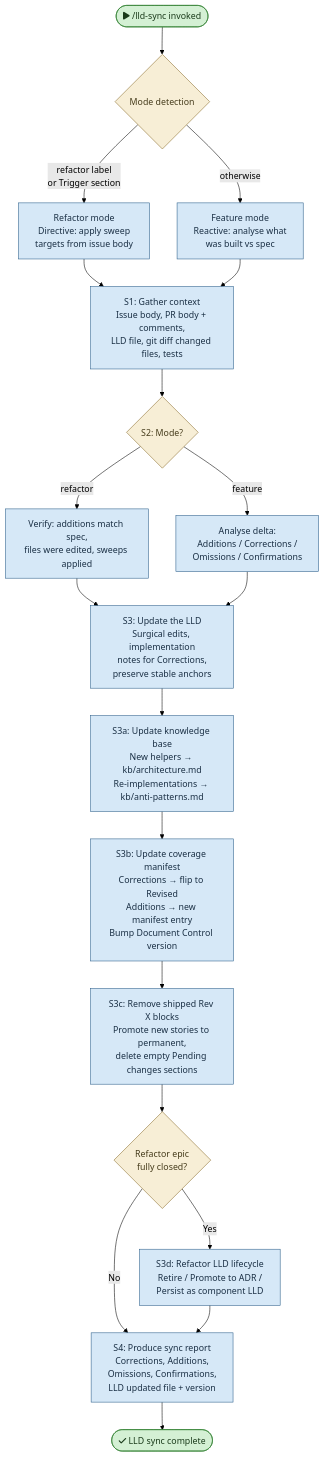
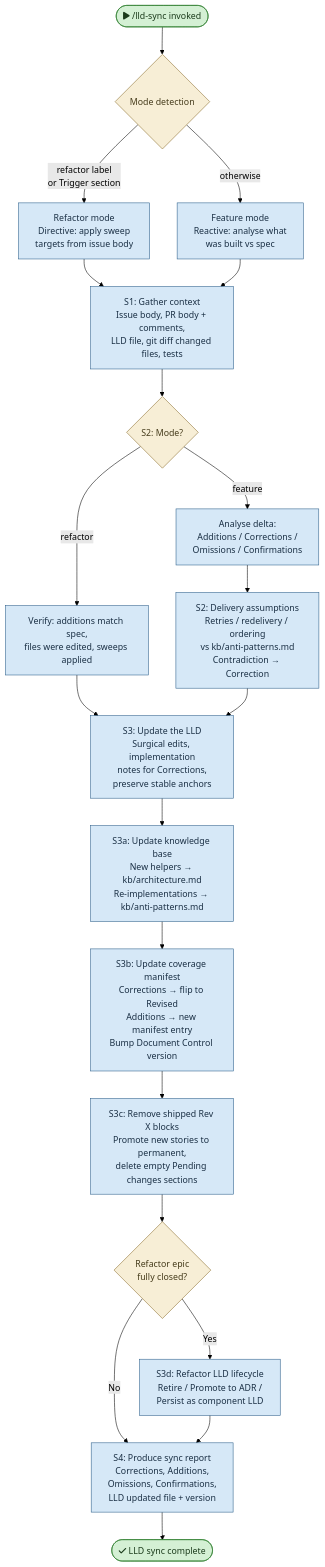
The diagram in plugins/edf/skills/lld-sync/flowchart.md (mironyx/engineering-delivery-framework), drawn with Mermaid (forest theme) before and after one commit. The commit also changed 20 other files, not shown here.

````diff
--- a/plugins/edf/skills/lld-sync/flowchart.md
+++ b/plugins/edf/skills/lld-sync/flowchart.md
@@ -5,46 +5,48 @@
 ```mermaid
 flowchart TD
     START(["fa:fa-play /lld-sync invoked"]) --> MODE
 
     MODE{"Mode detection"} -->|"refactor label<br/>or Trigger section"| REFACTOR["Refactor mode<br/>Directive: apply sweep<br/>targets from issue body"]
     MODE -->|"otherwise"| FEATURE["Feature mode<br/>Reactive: analyse what<br/>was built vs spec"]
 
     REFACTOR --> S1
     FEATURE --> S1
 
     S1["S1: Gather context<br/>Issue body, PR body + comments,<br/>LLD file, git diff changed files, tests"]
 
     S1 --> S2
 
     S2{"S2: Mode?"} -->|"refactor"| S2_REF["Verify: additions match spec,<br/>files were edited, sweeps applied"]
     S2 -->|"feature"| S2_FEAT["Analyse delta:<br/>Additions / Corrections /<br/>Omissions / Confirmations"]
 
     S2_REF --> S3
-    S2_FEAT --> S3
+    S2_FEAT --> S2_DELIV
+
+    S2_DELIV["S2: Delivery assumptions<br/>Retries / redelivery / ordering<br/>vs kb/anti-patterns.md<br/>Contradiction → Correction"] --> S3
 
     S3["S3: Update the LLD<br/>Surgical edits, implementation<br/>notes for Corrections,<br/>preserve stable anchors"]
 
     S3 --> S3A["S3a: Update knowledge base<br/>New helpers → kb/architecture.md<br/>Re-implementations → kb/anti-patterns.md"]
 
     S3A --> S3B["S3b: Update coverage manifest<br/>Corrections → flip to Revised<br/>Additions → new manifest entry<br/>Bump Document Control version"]
 
     S3B --> S3C["S3c: Remove shipped Rev X blocks<br/>Promote new stories to permanent,<br/>delete empty Pending changes sections"]
 
     S3C --> S3D_CHECK{"Refactor epic<br/>fully closed?"}
     S3D_CHECK -->|"Yes"| S3D["S3d: Refactor LLD lifecycle<br/>Retire / Promote to ADR /<br/>Persist as component LLD"]
     S3D_CHECK -->|"No"| S4
     S3D --> S4
 
     S4["S4: Produce sync report<br/>Corrections, Additions,<br/>Omissions, Confirmations,<br/>LLD updated file + version"]
 
     S4 --> DONE(["fa:fa-check LLD sync complete"])
 
     %% ── Styles ──
     classDef startend fill:#d4f0d4,stroke:#2d7d2d,color:#1a3a1a
     classDef process fill:#d6e8f7,stroke:#2d5f8a,color:#1a2f44
     classDef decision fill:#f7eed6,stroke:#8a6d2d,color:#443a1a
 
     class START,DONE startend
-    class REFACTOR,FEATURE,S1,S2_REF,S2_FEAT,S3,S3A,S3B,S3C,S3D,S4 process
+    class REFACTOR,FEATURE,S1,S2_REF,S2_FEAT,S2_DELIV,S3,S3A,S3B,S3C,S3D,S4 process
     class MODE,S2,S3D_CHECK decision
 ```
````
